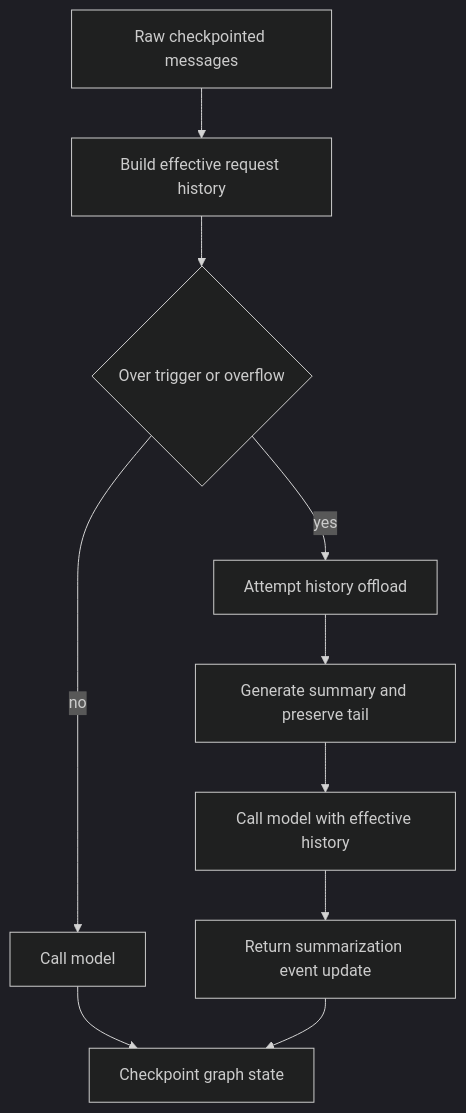
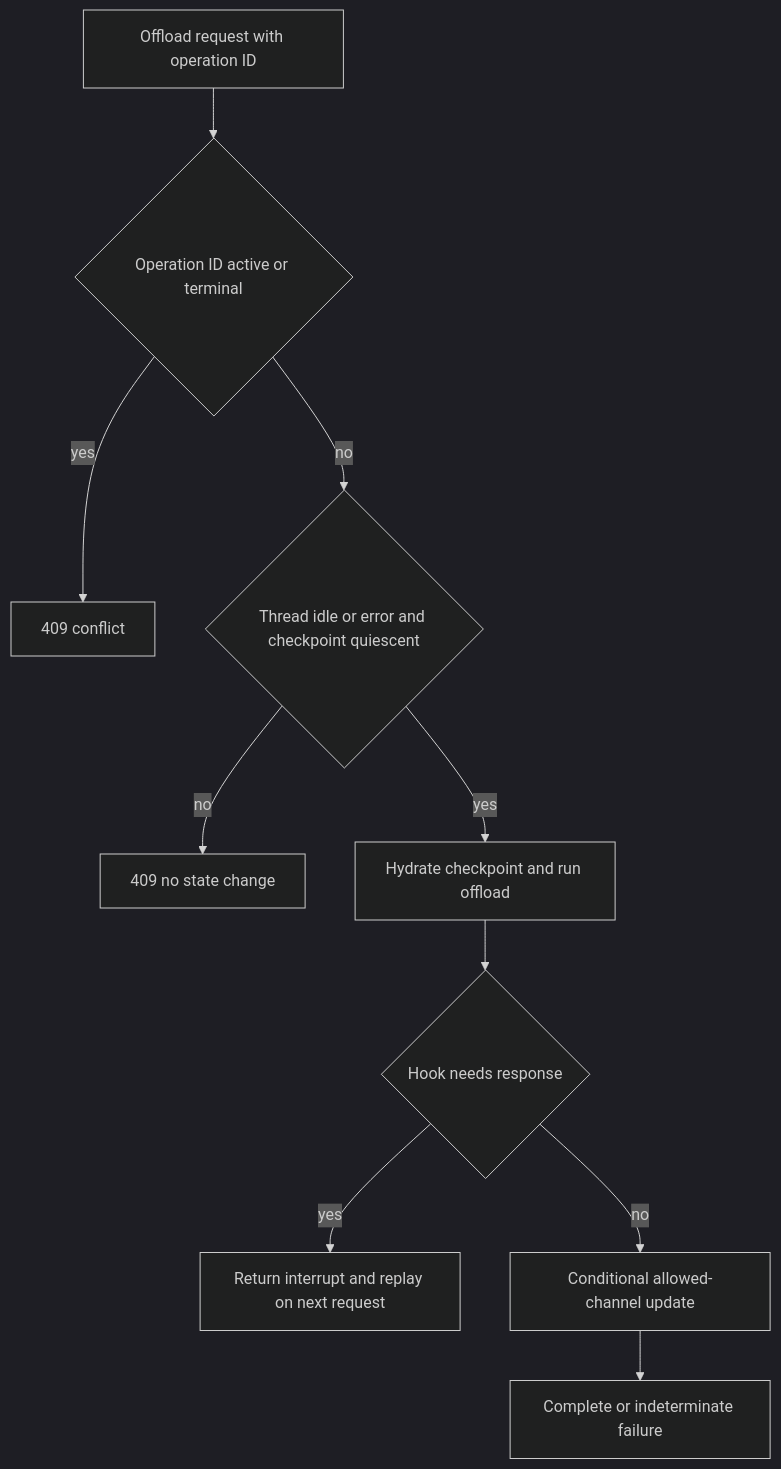
Before and after one commit to langchain-ai/deepagents: the second of 3 diagrams in openwiki/architecture/runtime-behavior.md, drawn with Mermaid (dark theme). The commit also changed other lines of this file and 63 other files, not shown here.

````diff
--- a/openwiki/architecture/runtime-behavior.md
+++ b/openwiki/architecture/runtime-behavior.md
@@ -37,12 +92,12 @@
 ```mermaid
 flowchart TD
-    Raw["Raw checkpointed messages"] --> Shape["Build effective request history"]
-    Shape --> Budget{"Over trigger or overflow"}
-    Budget -- "no" --> Call["Call model"]
-    Budget -- "yes" --> Offload["Attempt history offload"]
-    Offload --> Summary["Generate summary and preserve tail"]
-    Summary --> CompactCall["Call model with effective history"]
-    CompactCall --> Event["Return summarization event update"]
-    Call --> Checkpoint["Checkpoint graph state"]
-    Event --> Checkpoint
+    Request["Offload request with operation ID"] --> Register{"Operation ID active or terminal"}
+    Register -- "yes" --> Reject["409 conflict"]
+    Register -- "no" --> Quiescent{"Thread idle or error and checkpoint quiescent"}
+    Quiescent -- "no" --> Conflict["409 no state change"]
+    Quiescent -- "yes" --> Execute["Hydrate checkpoint and run offload"]
+    Execute --> Hook{"Hook needs response"}
+    Hook -- "yes" --> Resume["Return interrupt and replay on next request"]
+    Hook -- "no" --> Commit["Conditional allowed-channel update"]
+    Commit --> Result["Complete or indeterminate failure"]
 ```
````
